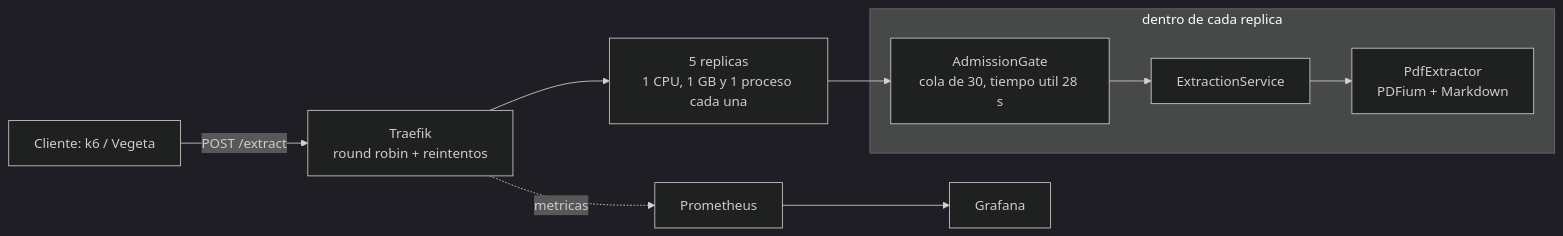
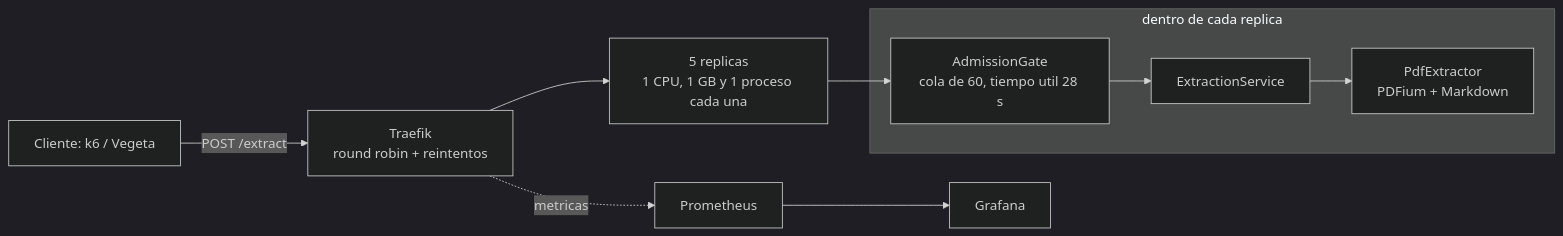
The diagram in ARCHITECTURE.md (21dai/pdf-extractext), drawn with Mermaid (dark theme) before and after one commit. The commit also changed 4 other files, not shown here.

Commit message:
docs: registrar la cola de 60 y el margen por desvio del tiempo util

````diff
--- a/ARCHITECTURE.md
+++ b/ARCHITECTURE.md
@@ -161,10 +161,10 @@
 ```mermaid
 flowchart LR
     C[Cliente: k6 / Vegeta] -->|POST /extract| T[Traefik<br/>round robin + reintentos]
     T --> R[5 replicas<br/>1 CPU, 1 GB y 1 proceso cada una]
     subgraph Replica [dentro de cada replica]
-        G[AdmissionGate<br/>cola de 30, tiempo util 28 s] --> E[ExtractionService] --> P[PdfExtractor<br/>PDFium + Markdown]
+        G[AdmissionGate<br/>cola de 60, tiempo util 28 s] --> E[ExtractionService] --> P[PdfExtractor<br/>PDFium + Markdown]
     end
     R --> G
     T -.metricas.-> PR[Prometheus] --> GR[Grafana]
 ```
````
